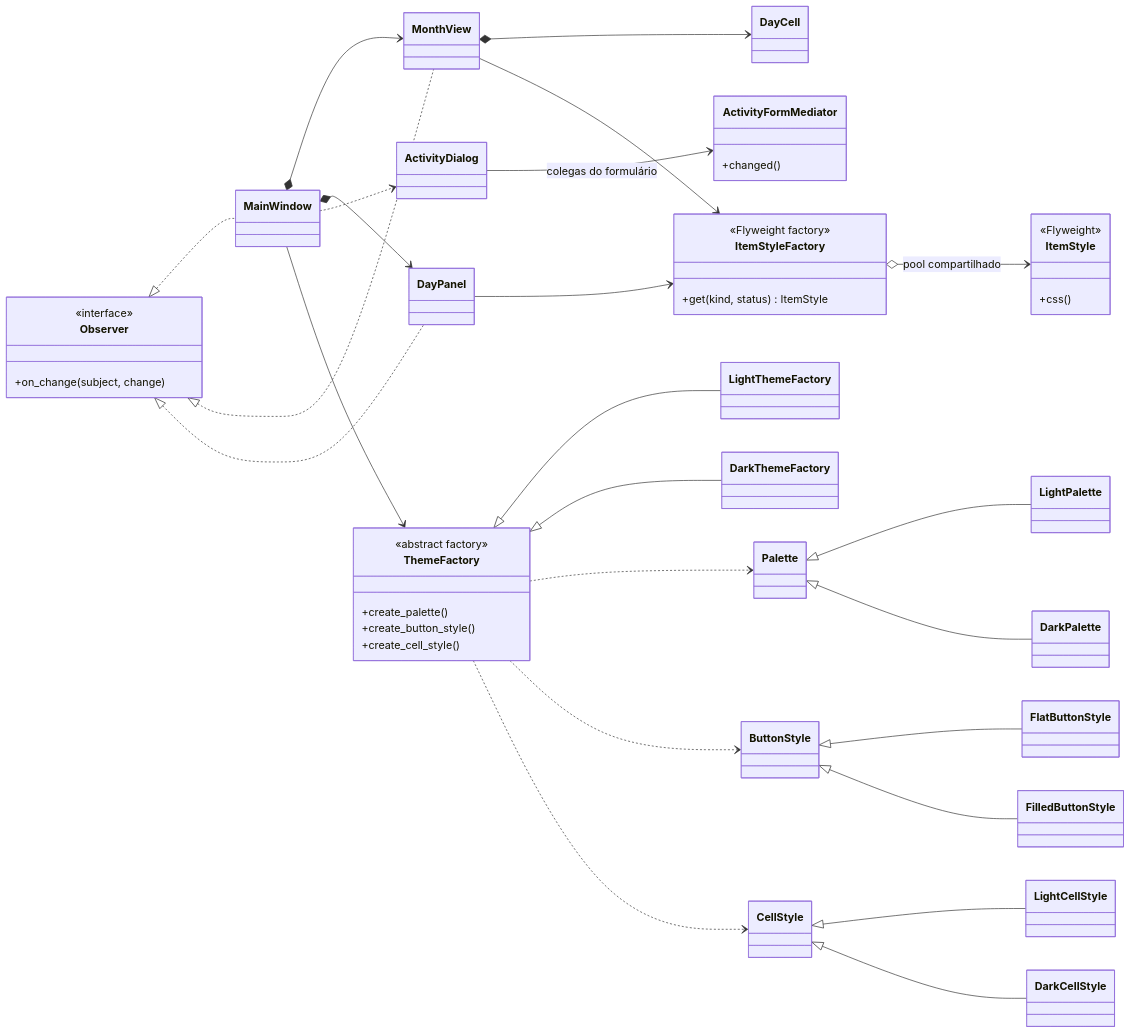
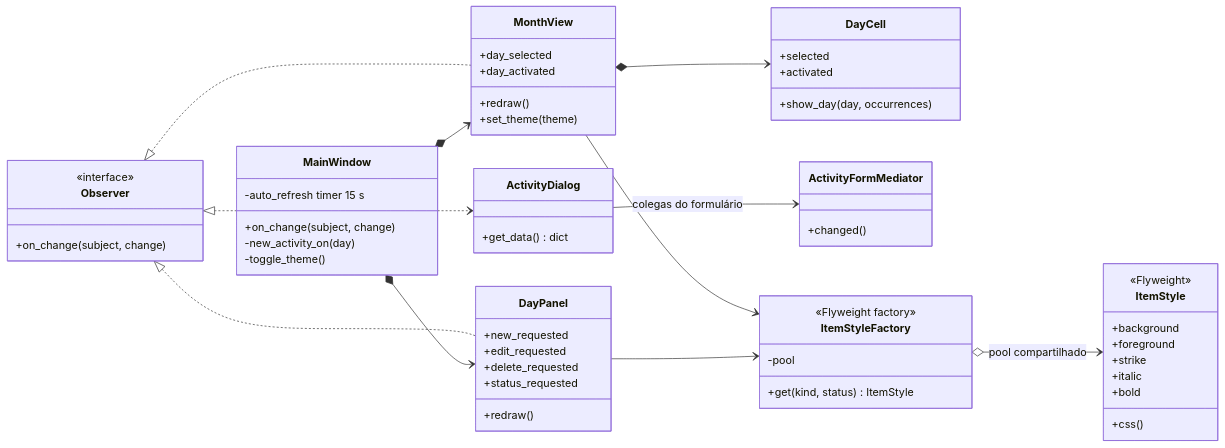
Before and after one commit to GiovannyLeone/calendario-atividades-DP-PyQt6: diagram 11 of 12 in docs/diagramas.md, drawn with Mermaid. The commit also changed other lines of this file and 21 other files, not shown here.

Commit message:
adicionando novos diagramas

````diff
--- a/docs/diagramas.md
+++ b/docs/diagramas.md
@@ -341,58 +799,69 @@
 ```mermaid
+---
+config:
+  class:
+    hideEmptyMembersBox: true
+---
 classDiagram
     direction LR
     class Observer {
         <<interface>>
         +on_change(subject, change)
     }
-    class MainWindow
-    class MonthView
-    class DayCell
-    class DayPanel
-    class ActivityDialog
+    class MainWindow {
+        -auto_refresh timer 15 s
+        +on_change(subject, change)
+        -new_activity_on(day)
+        -toggle_theme()
+    }
+    class MonthView {
+        +day_selected
+        +day_activated
+        +redraw()
+        +set_theme(theme)
+    }
+    class DayCell {
+        +selected
+        +activated
+        +show_day(day, occurrences)
+    }
+    class DayPanel {
+        +new_requested
+        +edit_requested
+        +delete_requested
+        +status_requested
+        +redraw()
+    }
+    class ActivityDialog {
+        +get_data() dict
+    }
     class ActivityFormMediator {
         +changed()
     }
     Observer <|.. MainWindow
     Observer <|.. MonthView
     Observer <|.. DayPanel
     MainWindow *--> MonthView
     MainWindow *--> DayPanel
     MonthView *--> DayCell
     MainWindow ..> ActivityDialog
     ActivityDialog --> ActivityFormMediator : colegas do formulário
 
-    class ThemeFactory {
-        <<abstract factory>>
-        +create_palette()
-        +create_button_style()
-        +create_cell_style()
-    }
-    ThemeFactory <|-- LightThemeFactory
-    ThemeFactory <|-- DarkThemeFactory
-    class Palette
-    class ButtonStyle
-    class CellStyle
-    Palette <|-- LightPalette
-    Palette <|-- DarkPalette
-    ButtonStyle <|-- FlatButtonStyle
-    ButtonStyle <|-- FilledButtonStyle
-    CellStyle <|-- LightCellStyle
-    CellStyle <|-- DarkCellStyle
-    ThemeFactory ..> Palette
-    ThemeFactory ..> ButtonStyle
-    ThemeFactory ..> CellStyle
-    MainWindow --> ThemeFactory
-
     class ItemStyleFactory {
         <<Flyweight factory>>
+        -pool
         +get(kind, status) ItemStyle
     }
     class ItemStyle {
         <<Flyweight>>
+        +background
+        +foreground
+        +strike
+        +italic
+        +bold
         +css()
     }
     ItemStyleFactory o--> ItemStyle : pool compartilhado
     MonthView --> ItemStyleFactory
     DayPanel --> ItemStyleFactory
 ```
````
